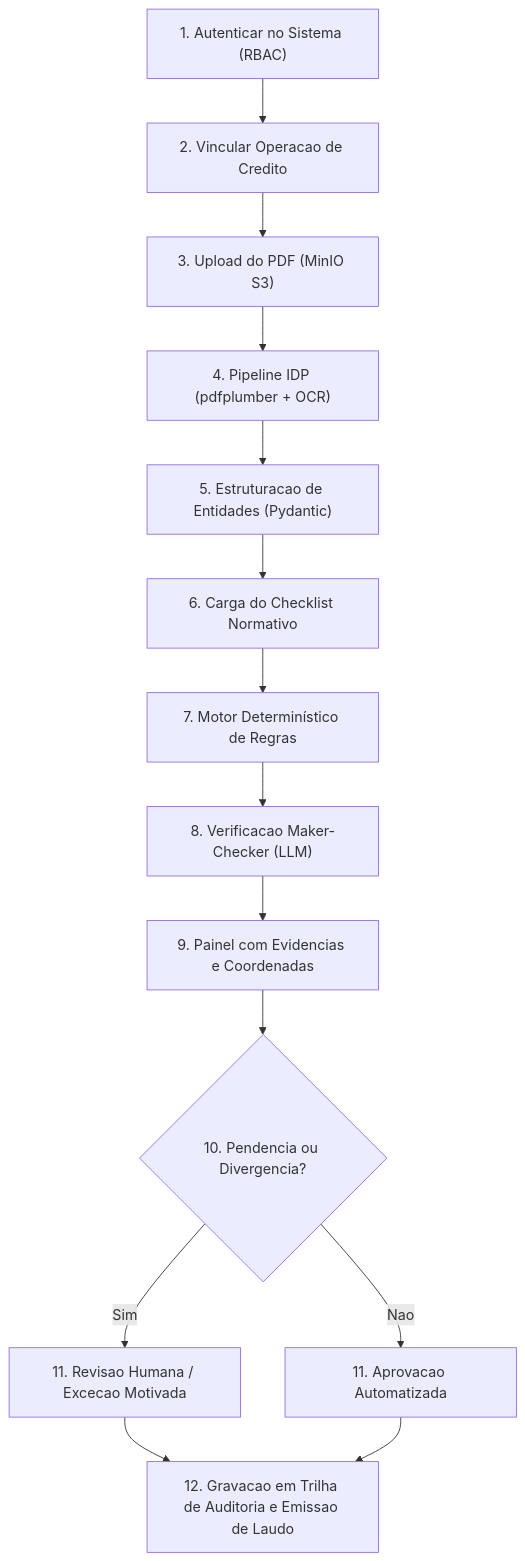
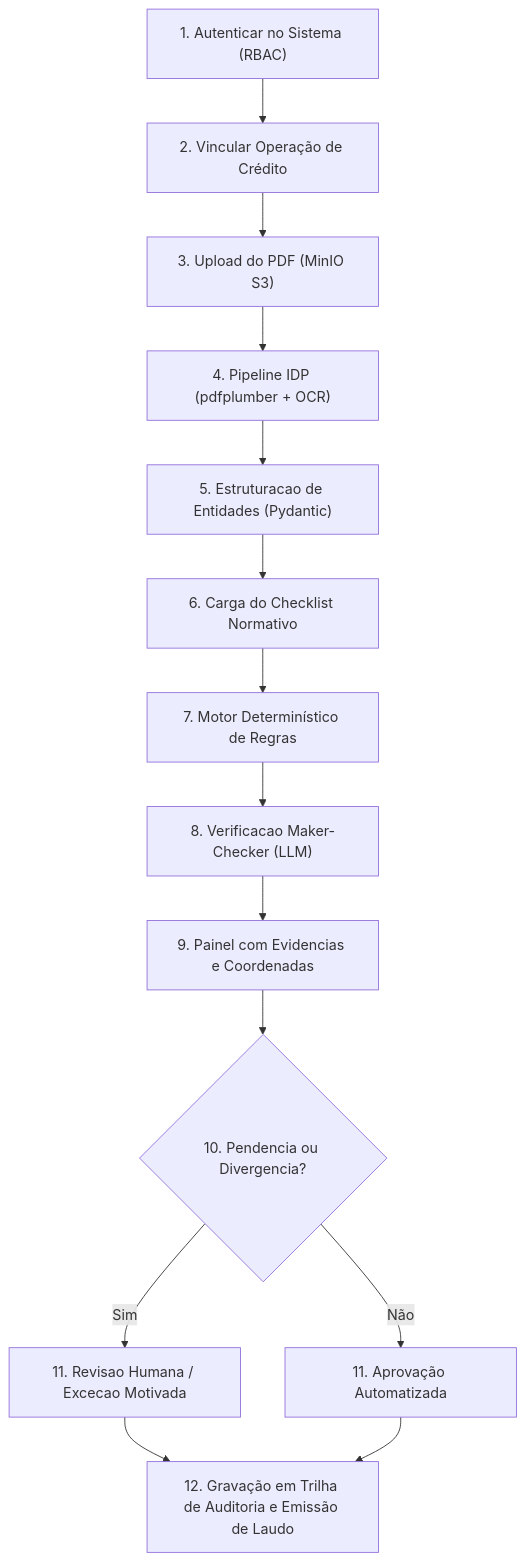
One commit to conformia-bndes/conformia-platform changed the diagram in docs/planning/requirements.md. Above: the diagram before and after it, drawn with Mermaid. The commit also changed other lines of this file and 21 other files, not shown here.

First line of the commit message:
docs: Refine documentation in requirements and sprints-roadmap

````diff
--- a/docs/planning/requirements.md
+++ b/docs/planning/requirements.md
@@ -21,16 +21,16 @@
 ```mermaid
 flowchart TD
-    A["1. Autenticar no Sistema (RBAC)"] --> B["2. Vincular Operacao de Credito"]
+    A["1. Autenticar no Sistema (RBAC)"] --> B["2. Vincular Operação de Crédito"]
     B --> C["3. Upload do PDF (MinIO S3)"]
     C --> D["4. Pipeline IDP (pdfplumber + OCR)"]
     D --> E["5. Estruturacao de Entidades (Pydantic)"]
     E --> F["6. Carga do Checklist Normativo"]
     F --> G["7. Motor Determinístico de Regras"]
     G --> H["8. Verificacao Maker-Checker (LLM)"]
     H --> I["9. Painel com Evidencias e Coordenadas"]
     I --> J{"10. Pendencia ou Divergencia?"}
     J -->|Sim| K["11. Revisao Humana / Excecao Motivada"]
-    J -->|Nao| L["11. Aprovacao Automatizada"]
-    K --> M["12. Gravacao em Trilha de Auditoria e Emissao de Laudo"]
+    J -->|Não| L["11. Aprovação Automatizada"]
+    K --> M["12. Gravação em Trilha de Auditoria e Emissão de Laudo"]
     L --> M
 ```
````
